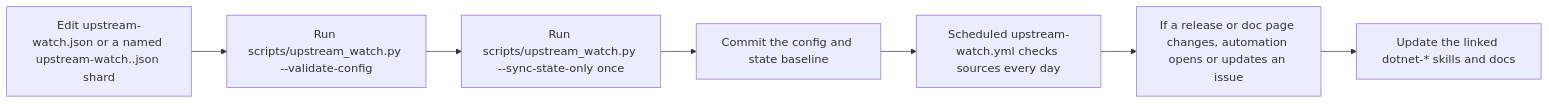
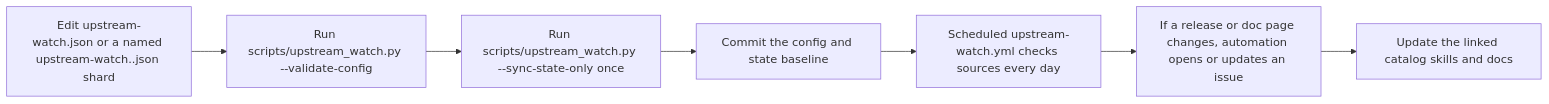
The diagram in CONTRIBUTING.md (managedcode/dotnet-skills), drawn with Mermaid before and after one commit. The commit also changed other lines of this file and 689 other files, not shown here.

Commit message:
skills catalog

````diff
--- a/CONTRIBUTING.md
+++ b/CONTRIBUTING.md
@@ -356,9 +388,9 @@
 ```mermaid
 flowchart LR
   A["Edit upstream-watch.json or a named upstream-watch.<domain>.json shard"] --> B["Run scripts/upstream_watch.py --validate-config"]
   B --> C["Run scripts/upstream_watch.py --sync-state-only once"]
   C --> D["Commit the config and state baseline"]
   D --> E["Scheduled upstream-watch.yml checks sources every day"]
   E --> F["If a release or doc page changes, automation opens or updates an issue"]
-  F --> G["Update the linked dotnet-* skills and docs"]
+  F --> G["Update the linked catalog skills and docs"]
 ```
````
